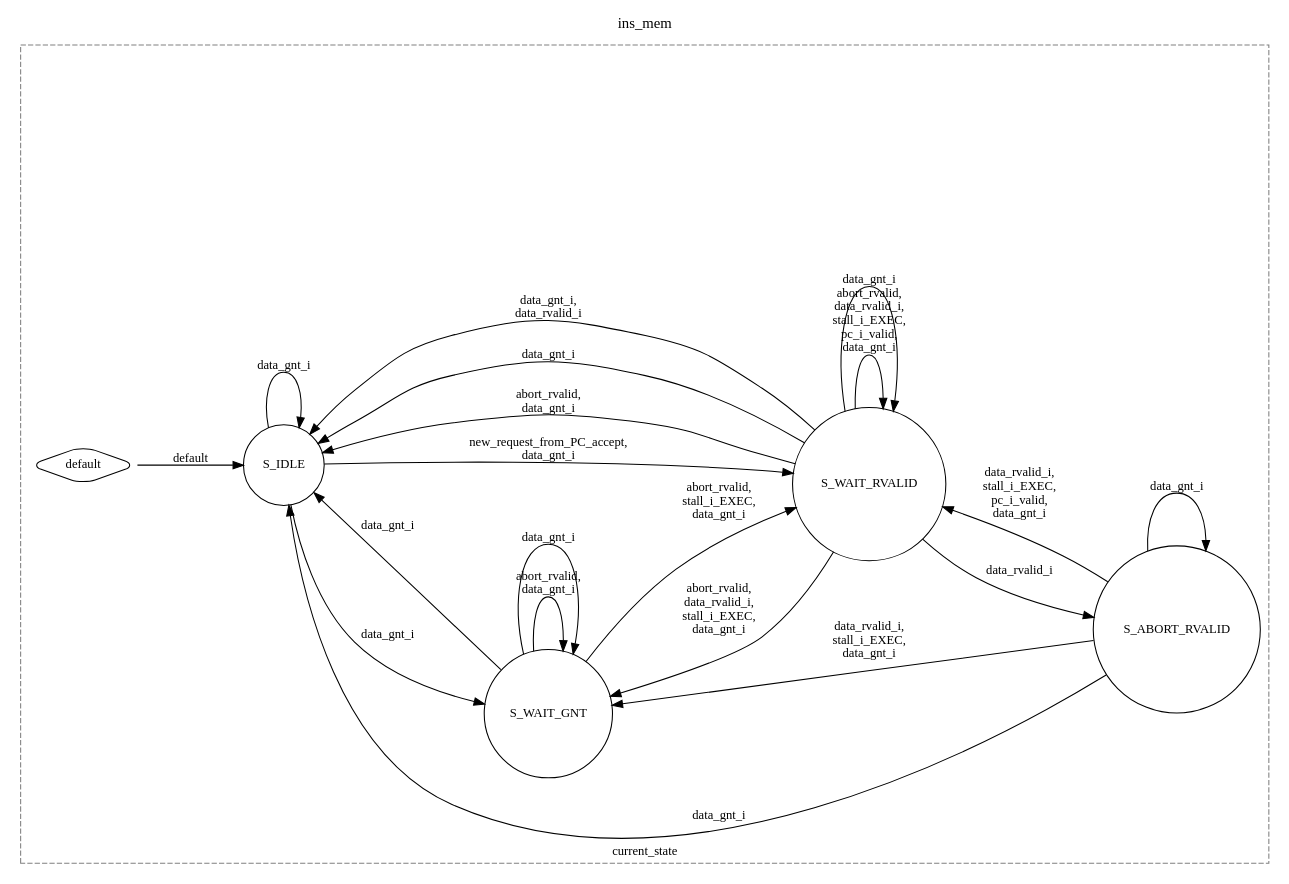
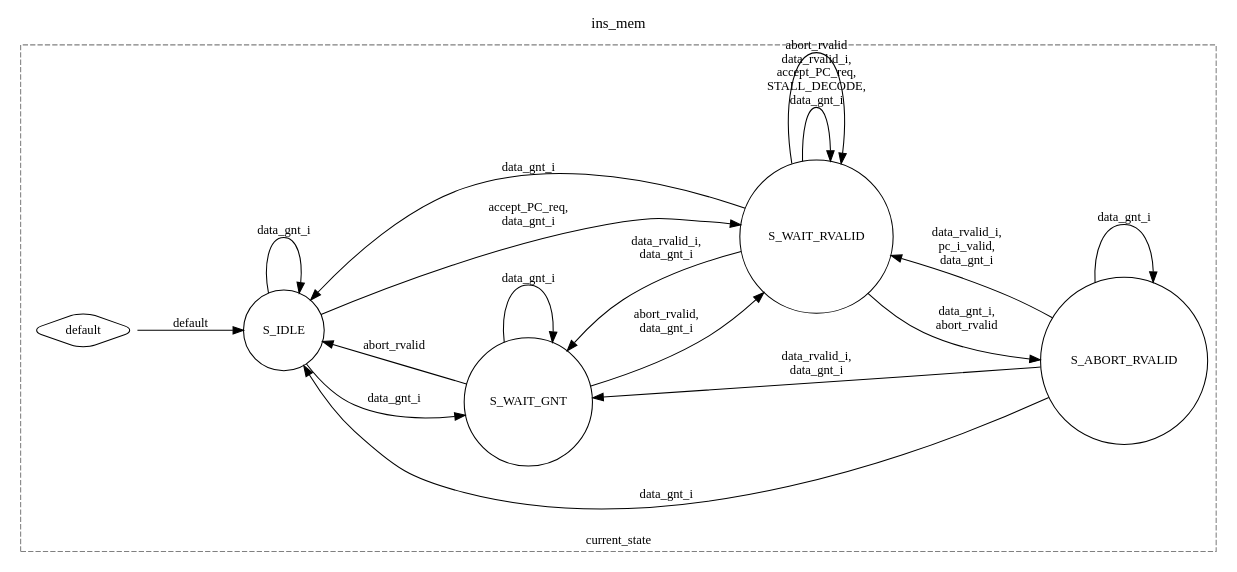
The diagram in rtl/riscv32i_module/src_run/tools/fsm_diagram/ins_mem.dot (JuanLikesRice/verifcation_suite_riscv32I), drawn with Graphviz before and after one commit. The commit also changed 20 other files, not shown here.

```diff
--- a/rtl/riscv32i_module/src_run/tools/fsm_diagram/ins_mem.dot
+++ b/rtl/riscv32i_module/src_run/tools/fsm_diagram/ins_mem.dot
@@ -1,51 +1,40 @@
 digraph FSM {
   rankdir=LR;
   node [shape=circle, fontsize=12];
   edge [fontsize=12];
   graph [labelloc="t", label="ins_mem", fontsize=14, nodesep=0.7, ranksep=0.8, splines=spline, concentrate=false];
   "default" [shape=diamond, style=rounded, fontsize=12];
   "S_ABORT_RVALID";
   "S_IDLE";
   "S_WAIT_GNT";
   "S_WAIT_RVALID";
   subgraph cluster_1 {
     label="current_state"; labelloc="b"; fontsize=12; style=dashed; color=gray;
-    "S_IDLE" -> "S_WAIT_RVALID" [label="new_request_from_PC_accept,
+    "S_IDLE" -> "S_WAIT_RVALID" [label="accept_PC_req,
 data_gnt_i"];
     "S_IDLE" -> "S_WAIT_GNT" [label="data_gnt_i"];
     "S_IDLE" -> "S_IDLE" [label="data_gnt_i"];
+    "S_WAIT_GNT" -> "S_IDLE" [label="abort_rvalid"];
     "S_WAIT_GNT" -> "S_WAIT_RVALID" [label="abort_rvalid,
-stall_i_EXEC,
-data_gnt_i"];
-    "S_WAIT_GNT" -> "S_WAIT_GNT" [label="abort_rvalid,
 data_gnt_i"];
     "S_WAIT_GNT" -> "S_WAIT_GNT" [label="data_gnt_i"];
-    "S_WAIT_GNT" -> "S_IDLE" [label="data_gnt_i"];
-    "S_WAIT_RVALID" -> "S_WAIT_RVALID" [label="abort_rvalid,
-data_rvalid_i,
-stall_i_EXEC,
-pc_i_valid,
+    "S_WAIT_RVALID" -> "S_WAIT_RVALID" [label="data_rvalid_i,
+accept_PC_req,
+STALL_DECODE,
 data_gnt_i"];
-    "S_WAIT_RVALID" -> "S_WAIT_GNT" [label="abort_rvalid,
-data_rvalid_i,
-stall_i_EXEC,
-data_gnt_i"];
-    "S_WAIT_RVALID" -> "S_IDLE" [label="abort_rvalid,
+    "S_WAIT_RVALID" -> "S_WAIT_GNT" [label="data_rvalid_i,
 data_gnt_i"];
     "S_WAIT_RVALID" -> "S_IDLE" [label="data_gnt_i"];
-    "S_WAIT_RVALID" -> "S_WAIT_RVALID" [label="data_gnt_i"];
-    "S_WAIT_RVALID" -> "S_IDLE" [label="data_gnt_i,
-data_rvalid_i"];
-    "S_WAIT_RVALID" -> "S_ABORT_RVALID" [label="data_rvalid_i"];
+    "S_WAIT_RVALID" -> "S_ABORT_RVALID" [label="data_gnt_i,
+abort_rvalid"];
+    "S_WAIT_RVALID" -> "S_WAIT_RVALID" [label="abort_rvalid"];
     "S_ABORT_RVALID" -> "S_WAIT_RVALID" [label="data_rvalid_i,
-stall_i_EXEC,
 pc_i_valid,
 data_gnt_i"];
     "S_ABORT_RVALID" -> "S_WAIT_GNT" [label="data_rvalid_i,
-stall_i_EXEC,
 data_gnt_i"];
     "S_ABORT_RVALID" -> "S_IDLE" [label="data_gnt_i"];
     "S_ABORT_RVALID" -> "S_ABORT_RVALID" [label="data_gnt_i"];
     "default" -> "S_IDLE" [label="default"];
   }
 }
```
